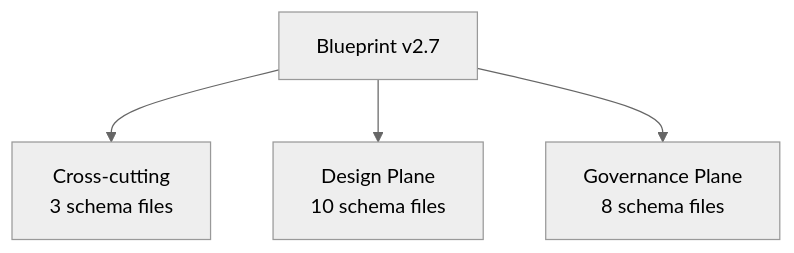
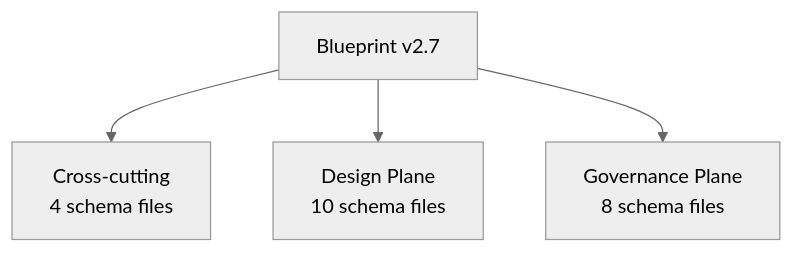
One commit to Archally/blueprint-schema changed the diagram in docs/schema-atlas/v2.7/overview.md. Above: the diagram before and after it, drawn with Mermaid (neutral theme). The commit also changed other lines of this file and 11 other files, not shown here.

Commit message:
v2.7.7:  publish RT infra profiles + regenerate schema-atlas

````diff
--- a/docs/schema-atlas/v2.7/overview.md
+++ b/docs/schema-atlas/v2.7/overview.md
@@ -17,10 +17,10 @@
 ```mermaid
 graph TD
     ROOT["Blueprint v2.7"]
-    cross_cutting["Cross-cutting<br/>3 schema files"]
+    cross_cutting["Cross-cutting<br/>4 schema files"]
     ROOT --> cross_cutting
     design["Design Plane<br/>10 schema files"]
     ROOT --> design
     governance["Governance Plane<br/>8 schema files"]
     ROOT --> governance
 ```
````
